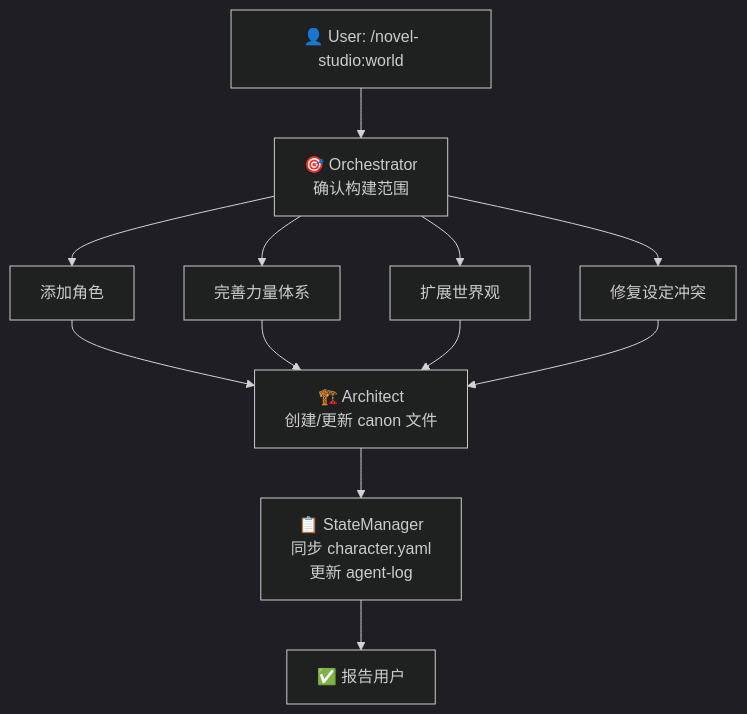
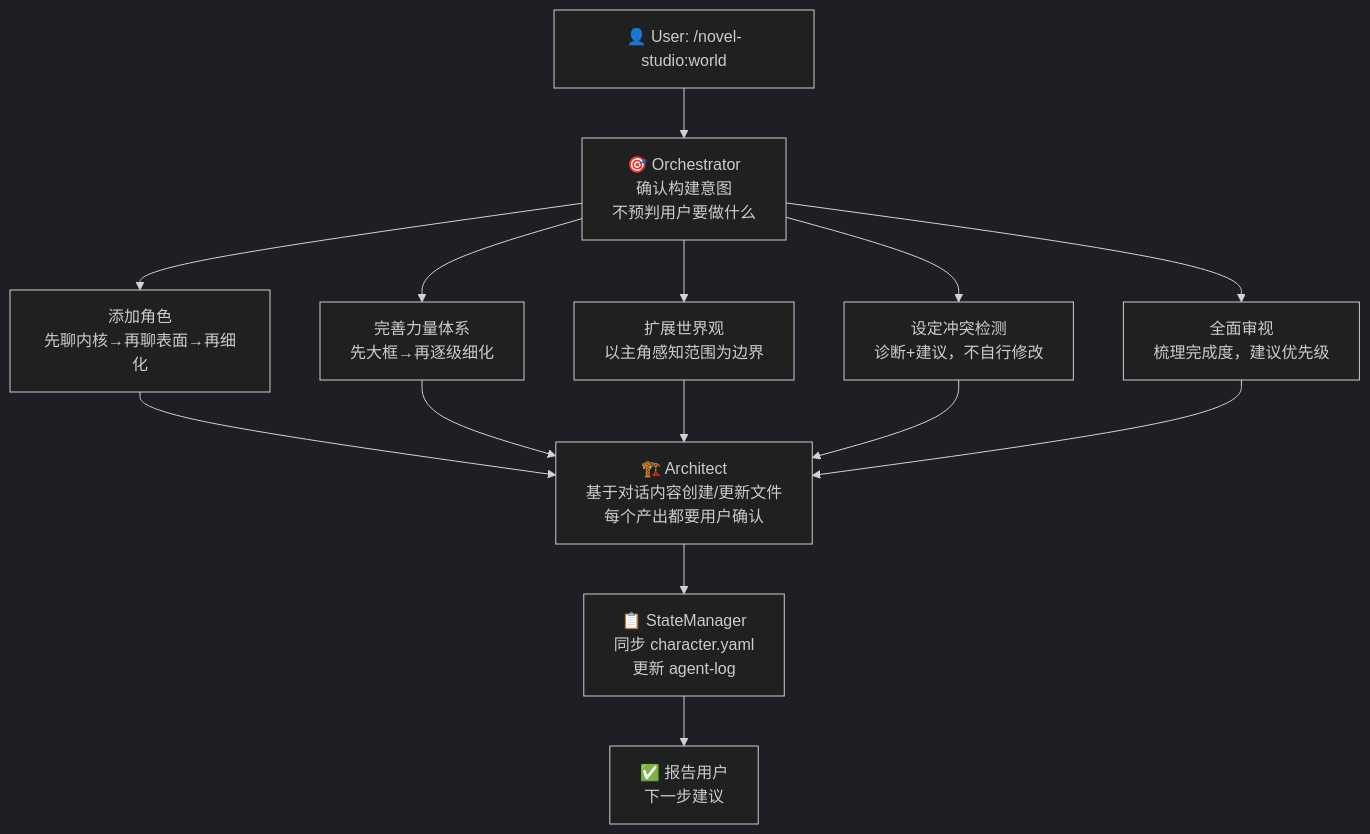
The diagram in workflows/worldbuilding.md (deathwhispers/novel-studio), drawn with Mermaid (dark theme) before and after one commit. The commit also changed other lines of this file and 8 other files, not shown here.

````diff
--- a/workflows/worldbuilding.md
+++ b/workflows/worldbuilding.md
@@ -11,24 +11,26 @@
 ```mermaid
 flowchart TD
     User["👤 User: /novel-studio:world"]
-    Orchestrator["🎯 Orchestrator<br/>确认构建范围"]
+    Orchestrator["🎯 Orchestrator<br/>确认构建意图<br/>不预判用户要做什么"]
 
     User --> Orchestrator
 
-    Orchestrator --> AddChar["添加角色"]
-    Orchestrator --> PowerSys["完善力量体系"]
-    Orchestrator --> WorldExp["扩展世界观"]
-    Orchestrator --> FixConflict["修复设定冲突"]
+    Orchestrator --> AddChar["添加角色<br/>先聊内核→再聊表面→再细化"]
+    Orchestrator --> PowerSys["完善力量体系<br/>先大框→再逐级细化"]
+    Orchestrator --> WorldExp["扩展世界观<br/>以主角感知范围为边界"]
+    Orchestrator --> FixConflict["设定冲突检测<br/>诊断+建议，不自行修改"]
+    Orchestrator --> Review["全面审视<br/>梳理完成度，建议优先级"]
 
     AddChar --> Architect
     PowerSys --> Architect
     WorldExp --> Architect
     FixConflict --> Architect
+    Review --> Architect
 
-    Architect["🏗️ Architect<br/>创建/更新 canon 文件"]
+    Architect["🏗️ Architect<br/>基于对话内容创建/更新文件<br/>每个产出都要用户确认"]
     StateManager["📋 StateManager<br/>同步 character.yaml<br/>更新 agent-log"]
-    Done["✅ 报告用户"]
+    Done["✅ 报告用户<br/>下一步建议"]
 
     Architect --> StateManager
     StateManager --> Done
 ```
````
